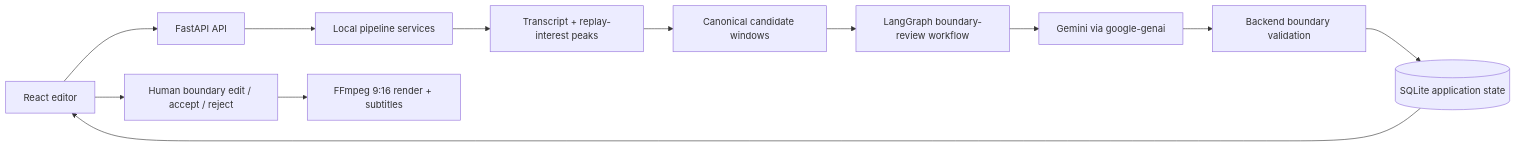
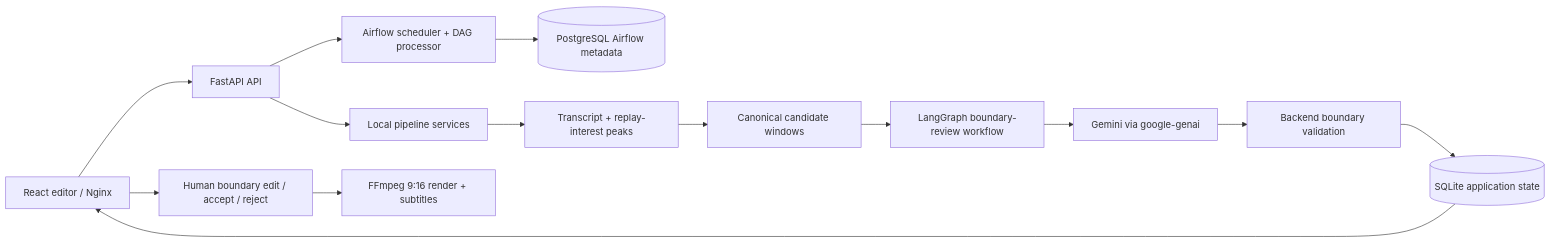
Before and after one commit to s194586/AI-Podcast-Clip-Cutter: the diagram in README.md, drawn with Mermaid. The commit also changed other lines of this file and 11 other files, not shown here.

````diff
--- a/README.md
+++ b/README.md
@@ -33,14 +33,16 @@
 ```mermaid
 flowchart LR
-  U[React editor] --> A[FastAPI API]
+  U[React editor / Nginx] --> A[FastAPI API]
+  A --> O[Airflow scheduler + DAG processor]
+  O --> M[(PostgreSQL Airflow metadata)]
   A --> P[Local pipeline services]
   P --> T[Transcript + replay-interest peaks]
   T --> C[Canonical candidate windows]
   C --> R[LangGraph boundary-review workflow]
   R --> G[Gemini via google-genai]
   G --> V[Backend boundary validation]
   V --> D[(SQLite application state)]
   D --> U
   U --> E[Human boundary edit / accept / reject]
   E --> F[FFmpeg 9:16 render + subtitles]
 ```
````
